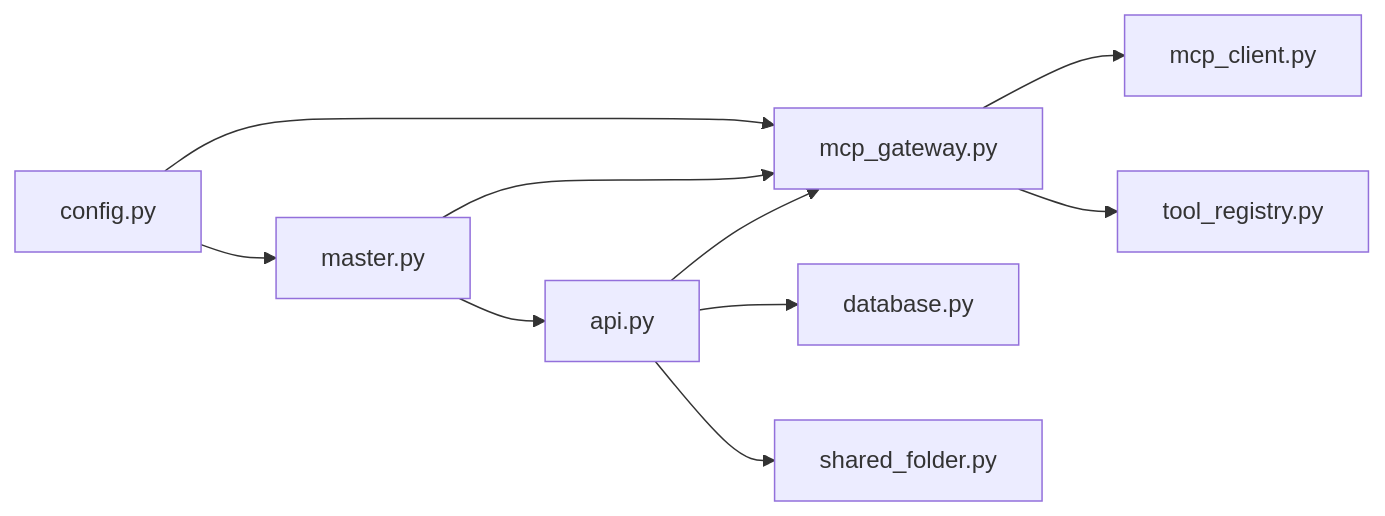
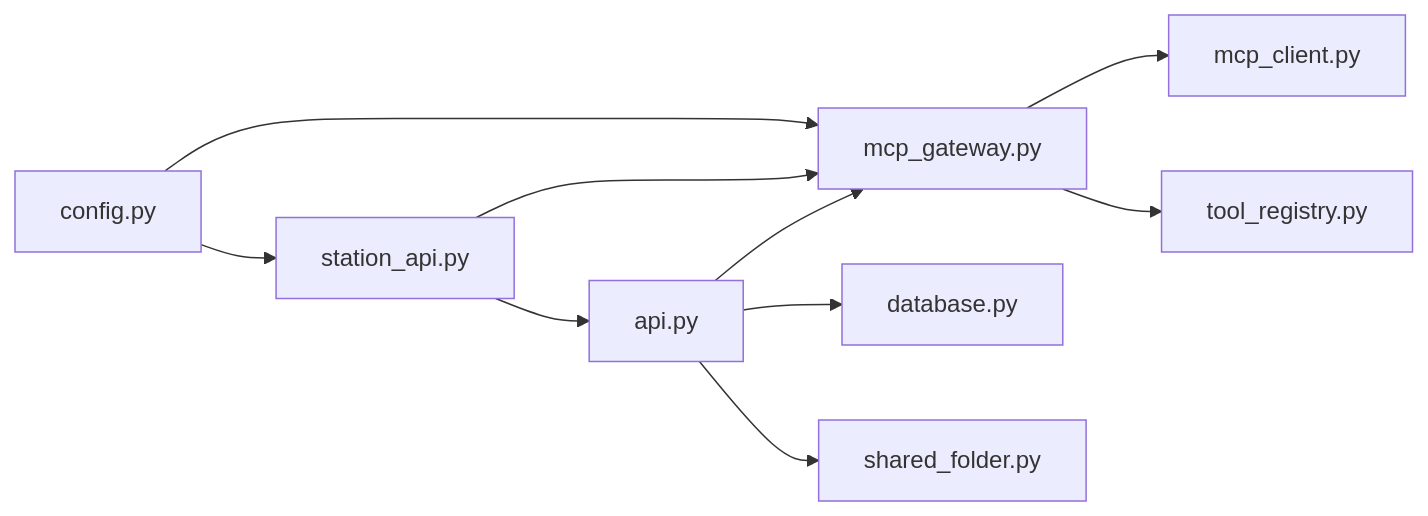
Before and after one commit to targalian/Personal-distributed-workstation: the fourth of 4 diagrams in .qoder/repowiki/zh/content/Web API 接口/Master API 接口/MCP 工具网关 API.md, drawn with Mermaid. The commit also changed other lines of this file and 63 other files, not shown here.

Commit message:
docs(station): 同步 repo wiki 至 station_controller/station_api 架构

````diff
--- a/.qoder/repowiki/zh/content/Web API 接口/Master API 接口/MCP 工具网关 API.md
+++ b/.qoder/repowiki/zh/content/Web API 接口/Master API 接口/MCP 工具网关 API.md
@@ -334,12 +334,12 @@
 ```mermaid
 graph LR
 API["api.py"] --> GW["mcp_gateway.py"]
 API --> DB["database.py"]
 API --> SF["shared_folder.py"]
 GW --> CLI["mcp_client.py"]
 GW --> TR["tool_registry.py"]
-MASTER["master.py"] --> API
+MASTER["station_api.py"] --> API
 MASTER --> GW
 CONFIG["config.py"] --> MASTER
 CONFIG --> GW
 ```
````
